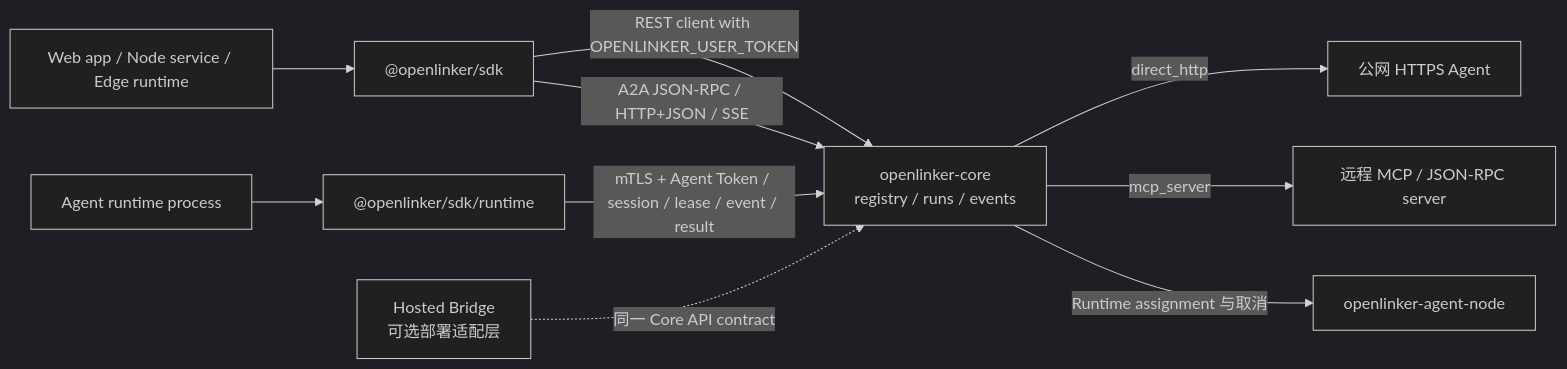
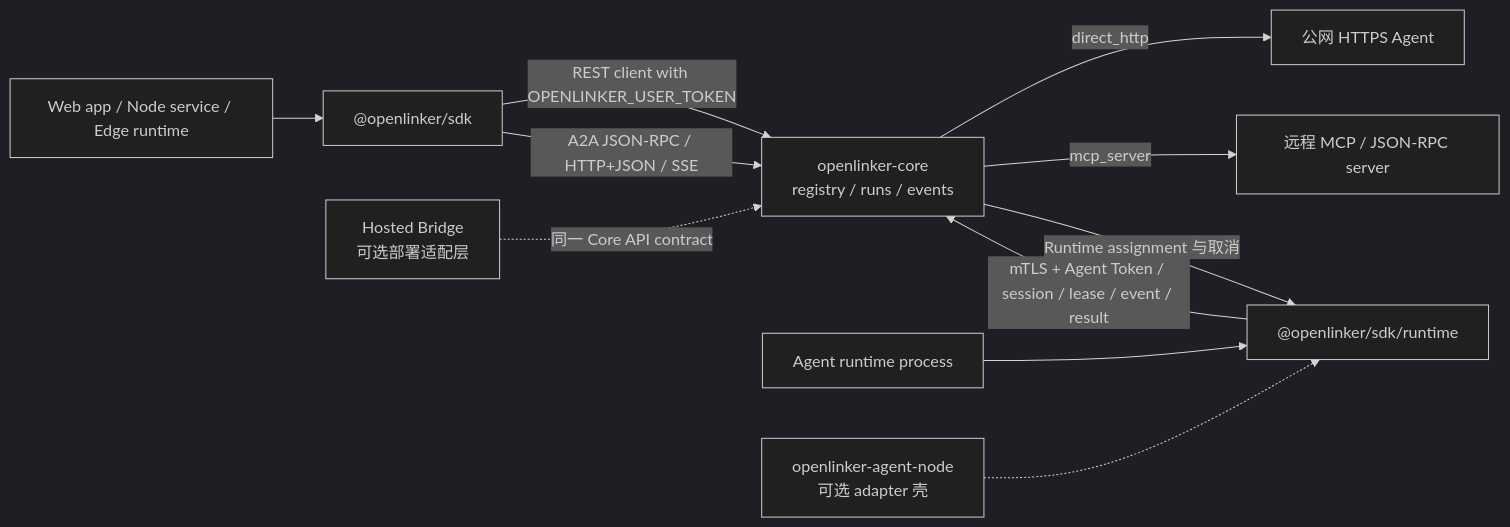
Before and after one commit to OpenLinker-ai/openlinker-js: the diagram in README.zh-CN.md, drawn with Mermaid (dark theme). The commit also changed other lines of this file and 24 other files, not shown here.

Commit message:
feat(runtime): make the TypeScript SDK own reliable workers

````diff
--- a/README.zh-CN.md
+++ b/README.zh-CN.md
@@ -24,14 +24,15 @@
 ```mermaid
 flowchart LR
   App["Web app / Node service / Edge runtime"] --> ClientSDK["@openlinker/sdk"]
   ClientSDK -->|"REST client with OPENLINKER_USER_TOKEN"| Core["openlinker-core<br/>registry / runs / events"]
   ClientSDK -->|"A2A JSON-RPC / HTTP+JSON / SSE"| Core
   Runtime["Agent runtime process"] --> RuntimeSDK["@openlinker/sdk/runtime"]
   RuntimeSDK -->|"mTLS + Agent Token / session / lease / event / result"| Core
 
   HostedBridge["Hosted Bridge<br/>可选部署适配层"] -.->|"同一 Core API contract"| Core
 
   Core -->|"direct_http"| HTTPAgent["公网 HTTPS Agent"]
   Core -->|"mcp_server"| MCPAgent["远程 MCP / JSON-RPC server"]
-  Core -->|"Runtime assignment 与取消"| AgentNode["openlinker-agent-node"]
+  Core -->|"Runtime assignment 与取消"| RuntimeSDK
+  AgentNode["openlinker-agent-node<br/>可选 adapter 壳"] -.-> RuntimeSDK
 ```
````
